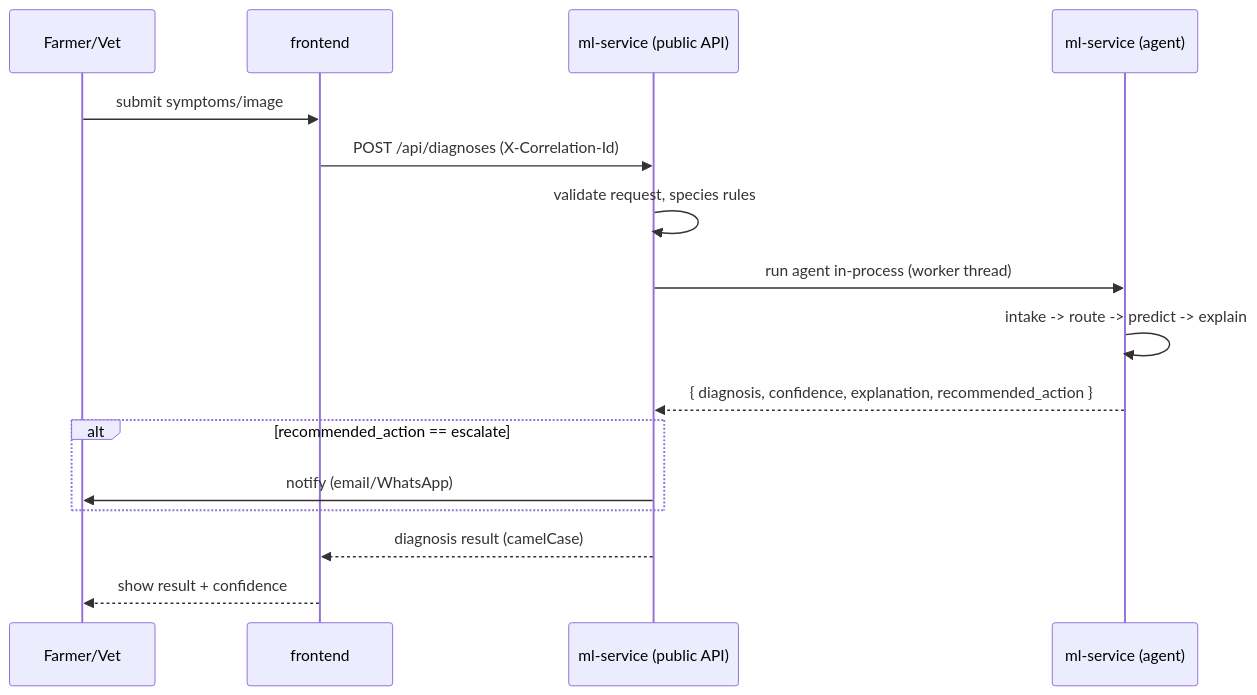
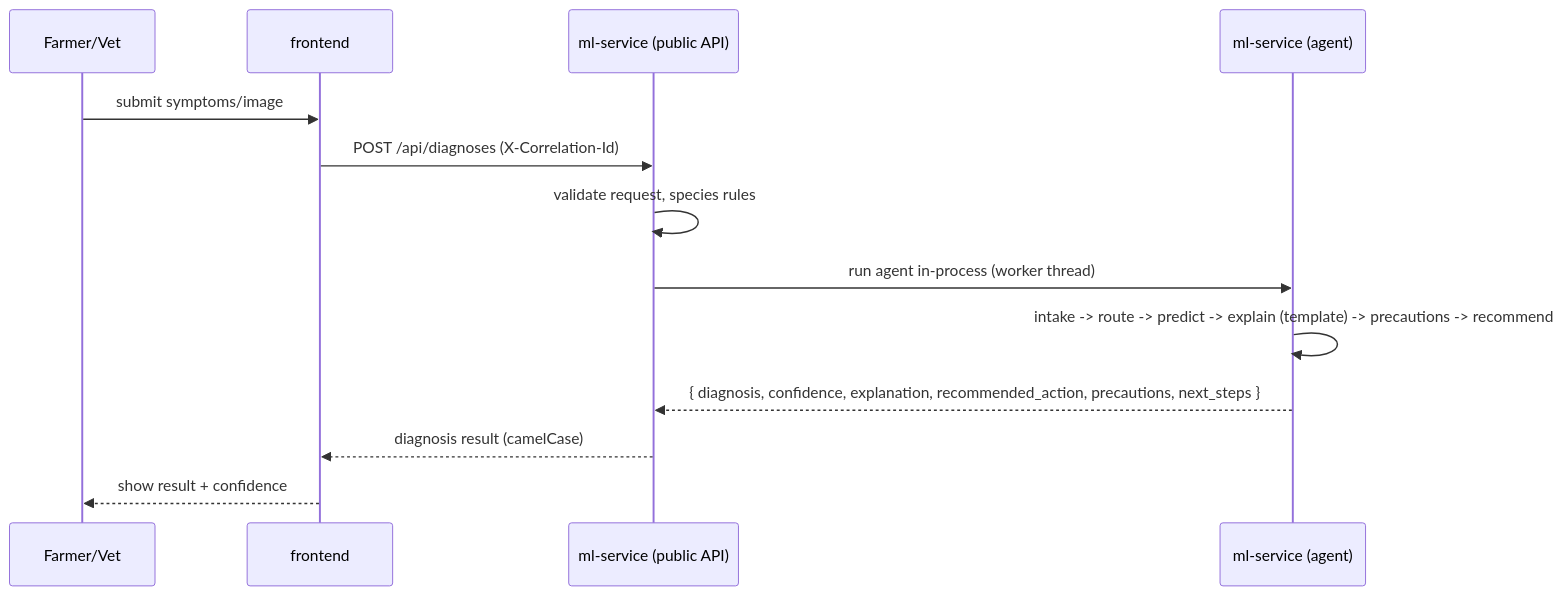
The second of 2 diagrams in docs/ARCHITECTURE.md (arun-codewalnut/Cattle-Disease-Prediction-System), drawn with Mermaid before and after one commit. The commit also changed other lines of this file and 24 other files, not shown here.

````diff
--- a/docs/ARCHITECTURE.md
+++ b/docs/ARCHITECTURE.md
@@ -15,19 +15,16 @@
 ```mermaid
 sequenceDiagram
     participant U as Farmer/Vet
     participant FE as frontend
     participant API as ml-service (public API)
     participant ML as ml-service (agent)
 
     U->>FE: submit symptoms/image
     FE->>API: POST /api/diagnoses (X-Correlation-Id)
     API->>API: validate request, species rules
     API->>ML: run agent in-process (worker thread)
-    ML->>ML: intake -> route -> predict -> explain
-    ML-->>API: { diagnosis, confidence, explanation, recommended_action }
-    alt recommended_action == escalate
-        API->>U: notify (email/WhatsApp)
-    end
+    ML->>ML: intake -> route -> predict -> explain (template) -> precautions -> recommend
+    ML-->>API: { diagnosis, confidence, explanation, recommended_action, precautions, next_steps }
     API-->>FE: diagnosis result (camelCase)
     FE-->>U: show result + confidence
 ```
````
